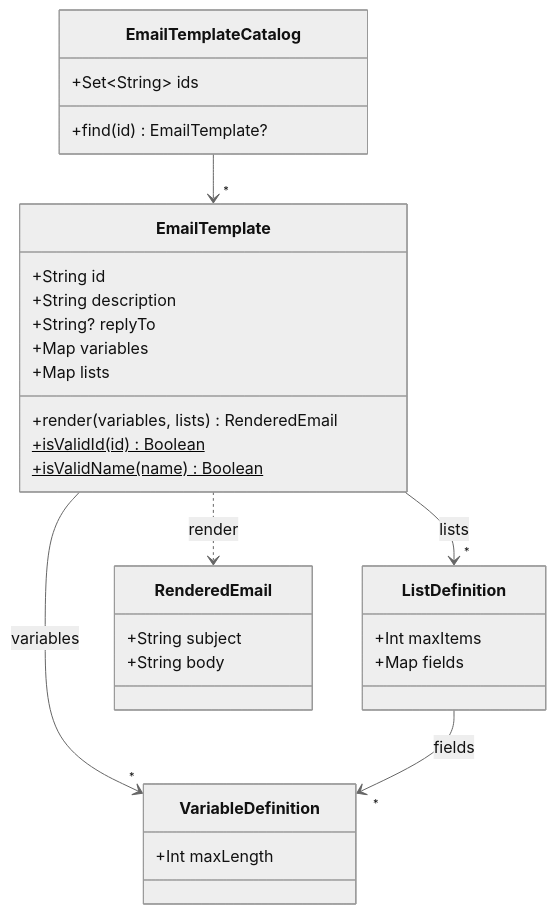
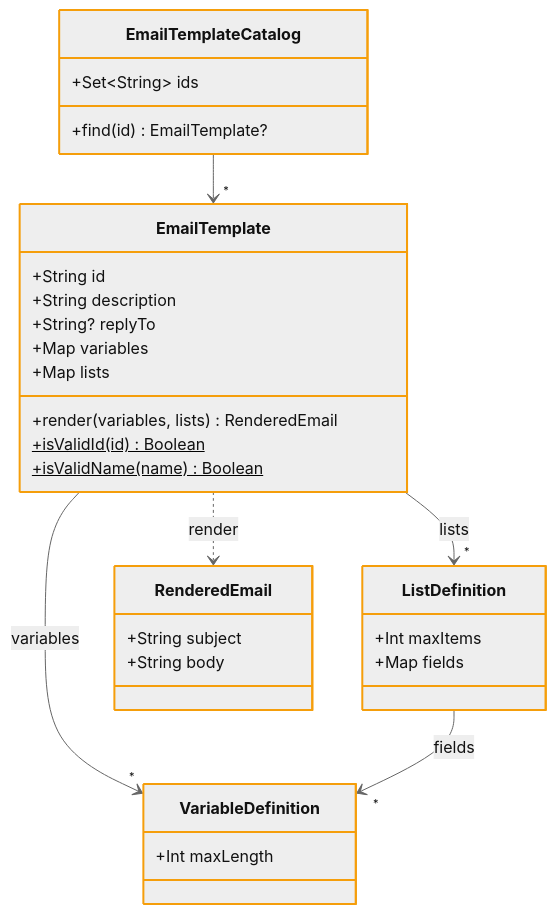
Before and after one commit to FINTLabs/fint-communication-service: the fifth of 14 diagrams in docs/architecture.md, drawn with Mermaid (neutral theme). The commit also changed other lines of this file and 35 other files, not shown here.

````diff
--- a/docs/architecture.md
+++ b/docs/architecture.md
@@ -318,34 +379,40 @@
 ```mermaid
 classDiagram
     class EmailTemplateCatalog {
         +Set~String~ ids
         +find(id) EmailTemplate?
     }
     class EmailTemplate {
         +String id
         +String description
         +String? replyTo
         +Map variables
         +Map lists
         +render(variables, lists) RenderedEmail
         +isValidId(id)$ Boolean
         +isValidName(name)$ Boolean
     }
     class VariableDefinition {
         +Int maxLength
     }
     class ListDefinition {
         +Int maxItems
         +Map fields
     }
     class RenderedEmail {
         +String subject
         +String body
     }
 
     EmailTemplateCatalog --> "*" EmailTemplate
     EmailTemplate --> "*" VariableDefinition : variables
     EmailTemplate --> "*" ListDefinition : lists
     ListDefinition --> "*" VariableDefinition : fields
     EmailTemplate ..> RenderedEmail : render
+
+    style EmailTemplateCatalog stroke:#F59E0B,stroke-width:2px
+    style EmailTemplate stroke:#F59E0B,stroke-width:2px
+    style VariableDefinition stroke:#F59E0B,stroke-width:2px
+    style ListDefinition stroke:#F59E0B,stroke-width:2px
+    style RenderedEmail stroke:#F59E0B,stroke-width:2px
 ```
````
